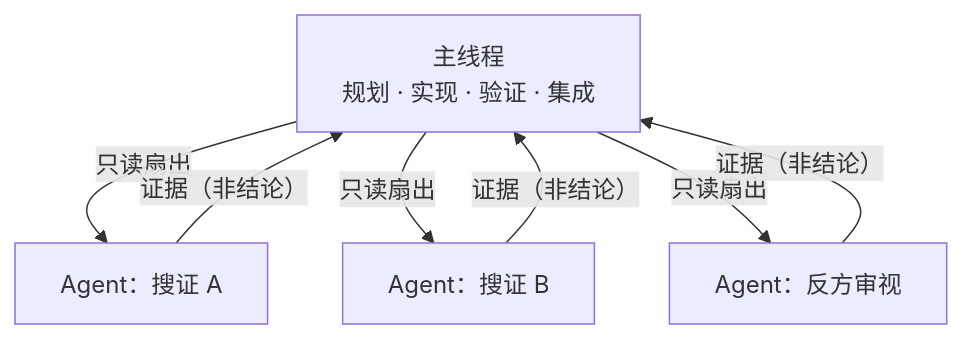
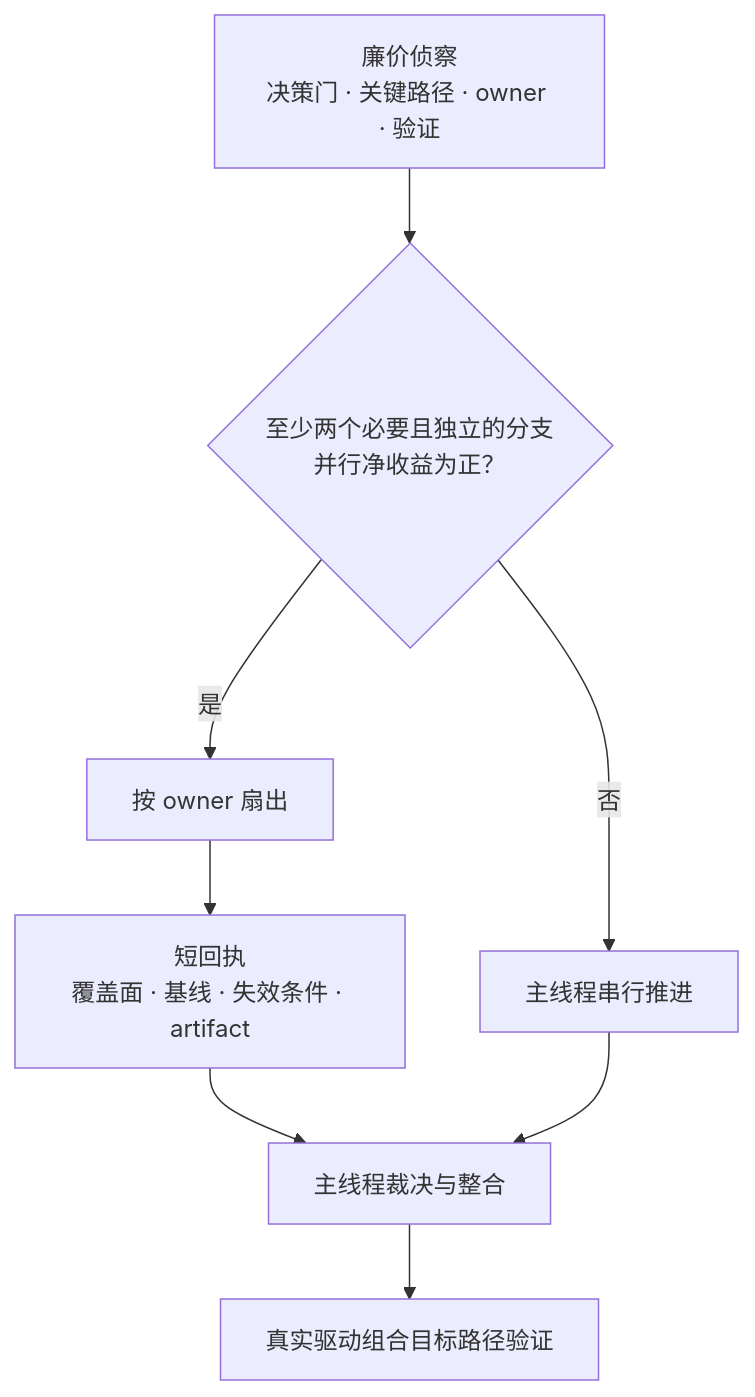
The second of 2 diagrams in README.md (SPHINX998/forged-in-prod), drawn with Mermaid before and after one commit. The commit also changed other lines of this file and 2 other files, not shown here.

Commit message:
Refine long-task agent orchestration

````diff
--- a/README.md
+++ b/README.md
@@ -185,8 +192,10 @@
 ```mermaid
 flowchart TD
-    M["主线程<br/>规划 · 实现 · 验证 · 集成"]
-    M -->|只读扇出| A1["Agent：搜证 A"]
-    M -->|只读扇出| A2["Agent：搜证 B"]
-    M -->|只读扇出| A3["Agent：反方审视"]
-    A1 & A2 & A3 -->|"证据（非结论）"| M
+    S["廉价侦察<br/>决策门 · 关键路径 · owner · 验证"] --> G{"至少两个必要且独立的分支<br/>并行净收益为正？"}
+    G -->|否| Q["主线程串行推进"]
+    G -->|是| A["按 owner 扇出"]
+    A --> R["短回执<br/>覆盖面 · 基线 · 失效条件 · artifact"]
+    R --> I["主线程裁决与整合"]
+    Q --> I
+    I --> V["真实驱动组合目标路径验证"]
 ```
````
